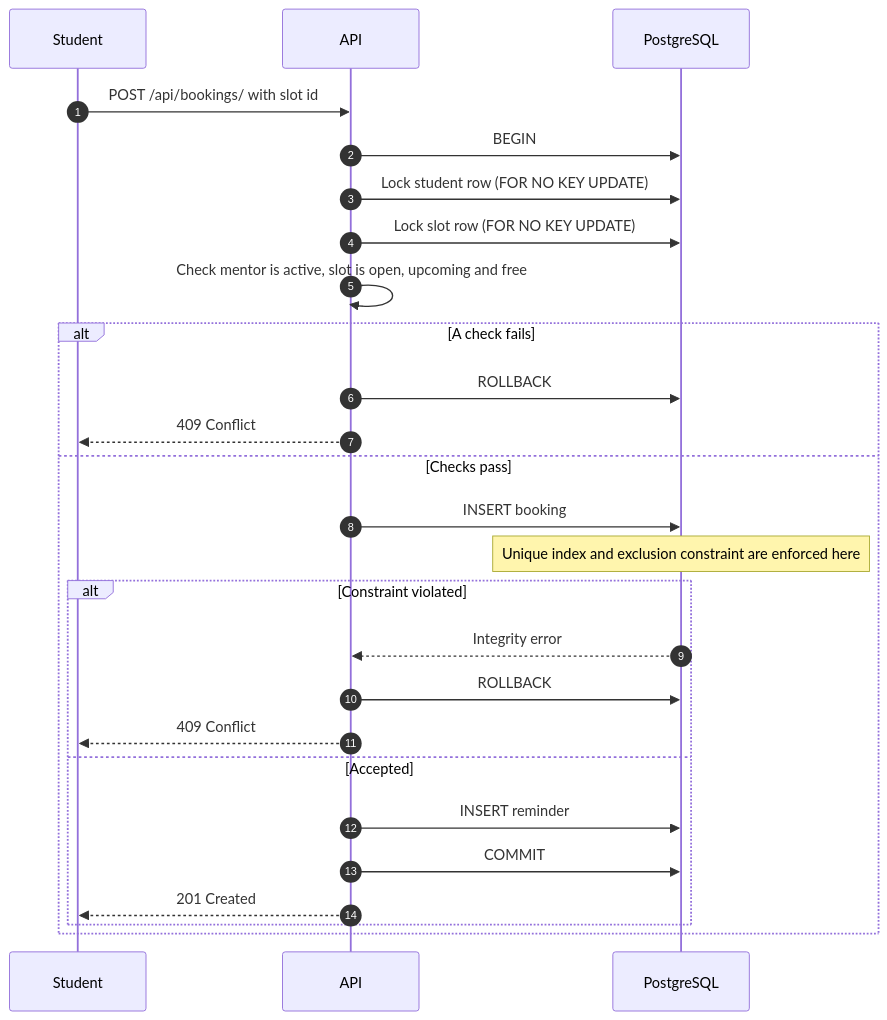
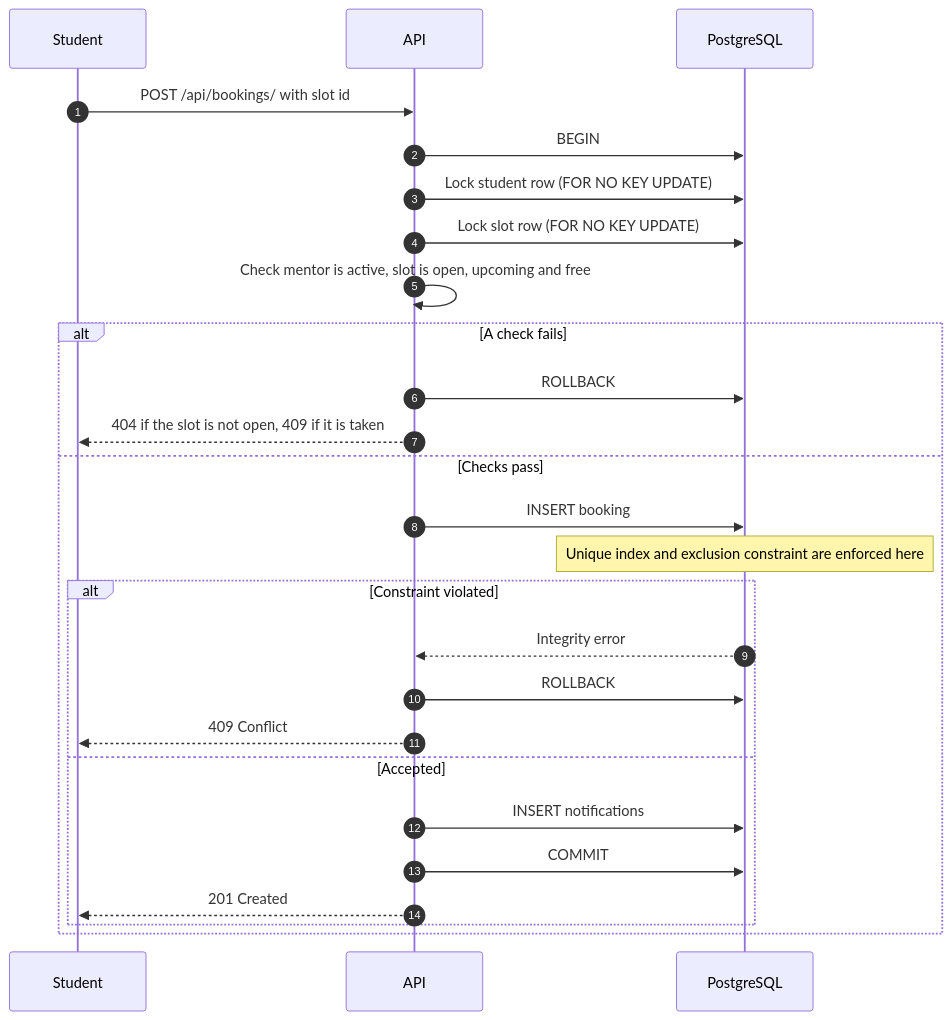
One commit to InsaneCoder789/InterviewOps changed the second of 2 diagrams in README.md. Above: the diagram before and after it, drawn with Mermaid. The commit also changed other lines of this file, not shown here.

````diff
--- a/README.md
+++ b/README.md
@@ -76,28 +82,28 @@
 ```mermaid
 sequenceDiagram
     autonumber
     participant S as Student
     participant A as API
     participant D as PostgreSQL
     S->>A: POST /api/bookings/ with slot id
     A->>D: BEGIN
     A->>D: Lock student row (FOR NO KEY UPDATE)
     A->>D: Lock slot row (FOR NO KEY UPDATE)
     A->>A: Check mentor is active, slot is open, upcoming and free
     alt A check fails
         A->>D: ROLLBACK
-        A-->>S: 409 Conflict
+        A-->>S: 404 if the slot is not open, 409 if it is taken
     else Checks pass
         A->>D: INSERT booking
         Note over D: Unique index and exclusion constraint are enforced here
         alt Constraint violated
             D-->>A: Integrity error
             A->>D: ROLLBACK
             A-->>S: 409 Conflict
         else Accepted
-            A->>D: INSERT reminder
+            A->>D: INSERT notifications
             A->>D: COMMIT
             A-->>S: 201 Created
         end
     end
 ```
````
